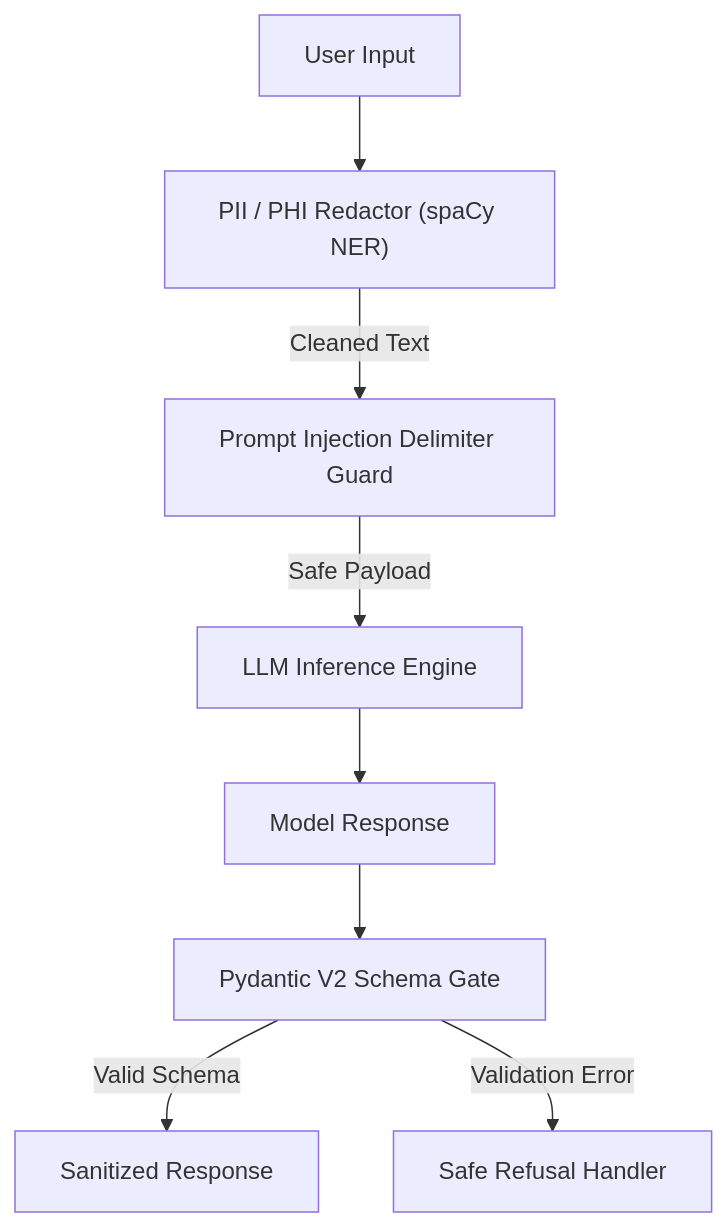
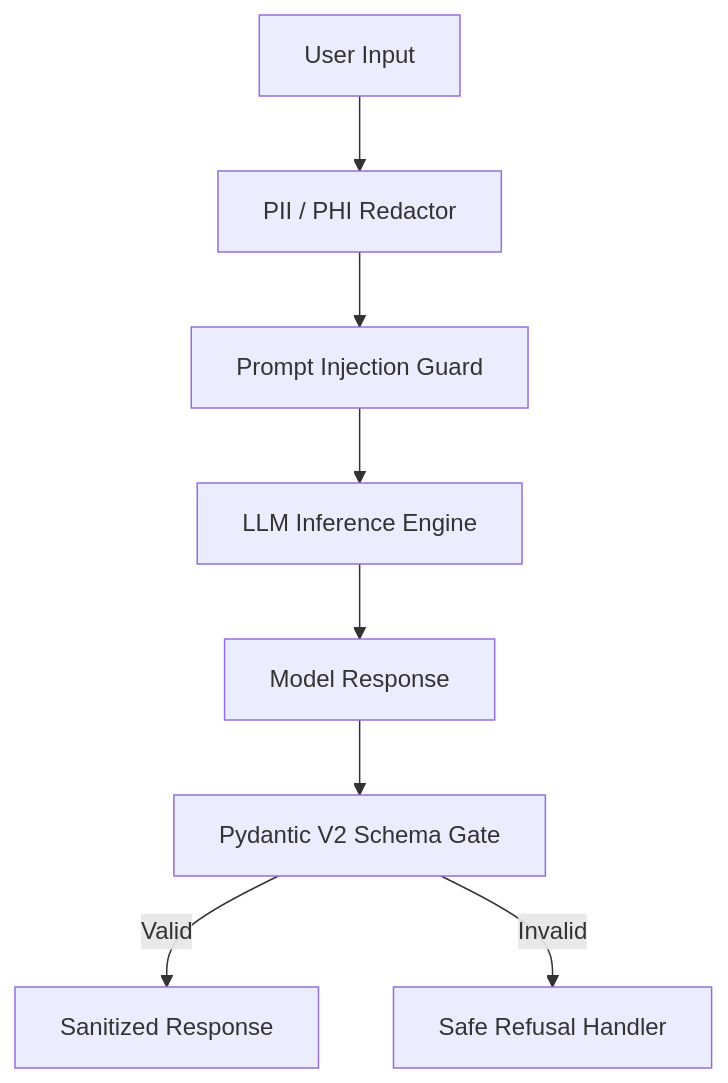
The tenth of 20 diagrams in genai_enterprise_usecases/ARCHITECTURE_GUIDE.md (sricheru/agentic-ai-portfolio), drawn with Mermaid before and after one commit. The commit also changed other lines of this file, not shown here.

Commit message:
fix(mermaid): switch to pure flowchart TD and remove label collisions

````diff
--- a/genai_enterprise_usecases/ARCHITECTURE_GUIDE.md
+++ b/genai_enterprise_usecases/ARCHITECTURE_GUIDE.md
@@ -217,10 +216,10 @@
 ```mermaid
-graph TD
-    RawInput["User Input"] --> PII["PII / PHI Redactor (spaCy NER)"]
-    PII -->|Cleaned Text| Sandbox["Prompt Injection Delimiter Guard"]
-    Sandbox -->|Safe Payload| Model["LLM Inference Engine"]
-    Model --> RawResponse["Model Response"]
-    RawResponse --> SchemaValidator["Pydantic V2 Schema Gate"]
-    SchemaValidator -->|Valid Schema| SafeOutput["Sanitized Response"]
-    SchemaValidator -->|Validation Error| Fallback["Safe Refusal Handler"]
+flowchart TD
+    RawInput[User Input] --> PII[PII / PHI Redactor]
+    PII --> Sandbox[Prompt Injection Guard]
+    Sandbox --> Model[LLM Inference Engine]
+    Model --> RawResponse[Model Response]
+    RawResponse --> SchemaValidator[Pydantic V2 Schema Gate]
+    SchemaValidator -->|Valid| SafeOutput[Sanitized Response]
+    SchemaValidator -->|Invalid| Fallback[Safe Refusal Handler]
 ```
````
